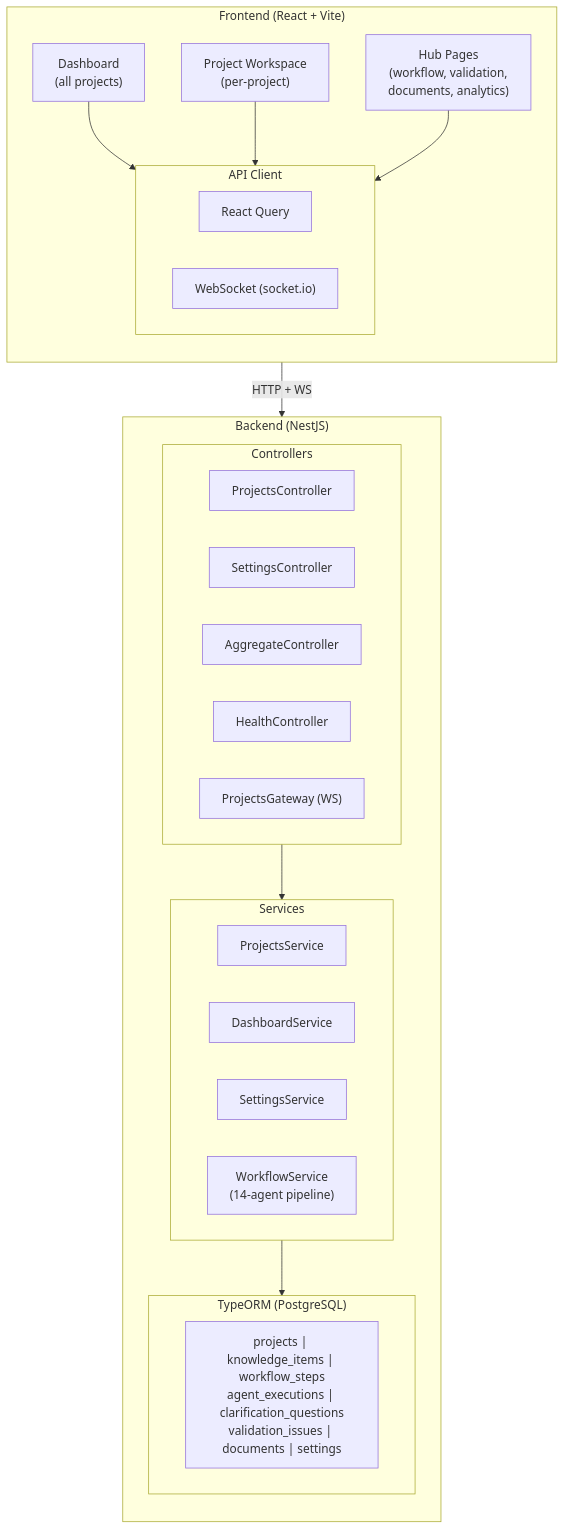
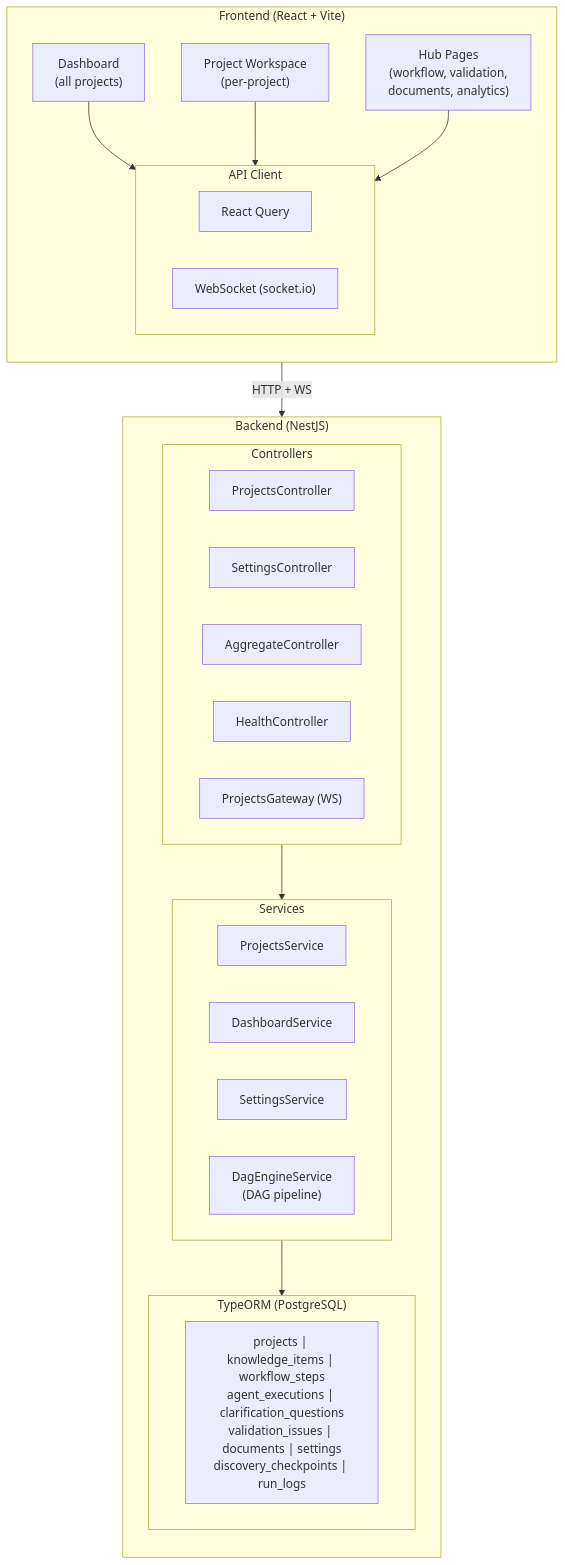
The diagram in handoff_doc/CONTEXT.md (JayVachhaniAgile/AI-Requirement-Agent), drawn with Mermaid before and after one commit. The commit also changed other lines of this file and 635 other files, not shown here.

````diff
--- a/handoff_doc/CONTEXT.md
+++ b/handoff_doc/CONTEXT.md
@@ -8,45 +7,45 @@
 ```mermaid
 graph TB
     subgraph Frontend["Frontend (React + Vite)"]
         direction TB
         Dashboard["Dashboard<br/>(all projects)"]
         Workspace["Project Workspace<br/>(per-project)"]
         Hub["Hub Pages<br/>(workflow, validation,<br/>documents, analytics)"]
-        
+
         subgraph APIClient["API Client"]
             ReactQuery["React Query"]
             WebSocket["WebSocket (socket.io)"]
         end
-        
+
         Dashboard --> APIClient
         Workspace --> APIClient
         Hub --> APIClient
     end
 
     subgraph Backend["Backend (NestJS)"]
         direction TB
         subgraph Controllers["Controllers"]
             ProjectsCtrl["ProjectsController"]
             SettingsCtrl["SettingsController"]
             AggregateCtrl["AggregateController"]
             HealthCtrl["HealthController"]
             WS["ProjectsGateway (WS)"]
         end
-        
+
         subgraph Services["Services"]
             ProjectsSvc["ProjectsService"]
             DashboardSvc["DashboardService"]
             SettingsSvc["SettingsService"]
-            WorkflowSvc["WorkflowService<br/>(14-agent pipeline)"]
+            DagEngineSvc["DagEngineService<br/>(DAG pipeline)"]
         end
-        
+
         subgraph DB["TypeORM (PostgreSQL)"]
-            DBTables["projects | knowledge_items | workflow_steps<br/>agent_executions | clarification_questions<br/>validation_issues | documents | settings"]
+            DBTables["projects | knowledge_items | workflow_steps<br/>agent_executions | clarification_questions<br/>validation_issues | documents | settings<br/>discovery_checkpoints | run_logs"]
         end
-        
+
         Controllers --> Services
         Services --> DB
     end
-    
+
     APIClient -- "HTTP + WS" --> Backend
 ```
````
